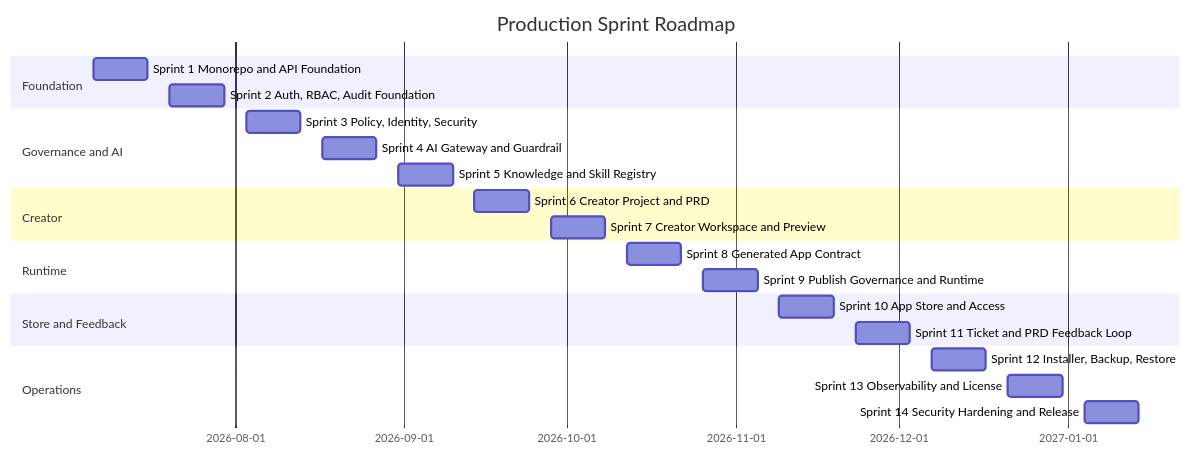
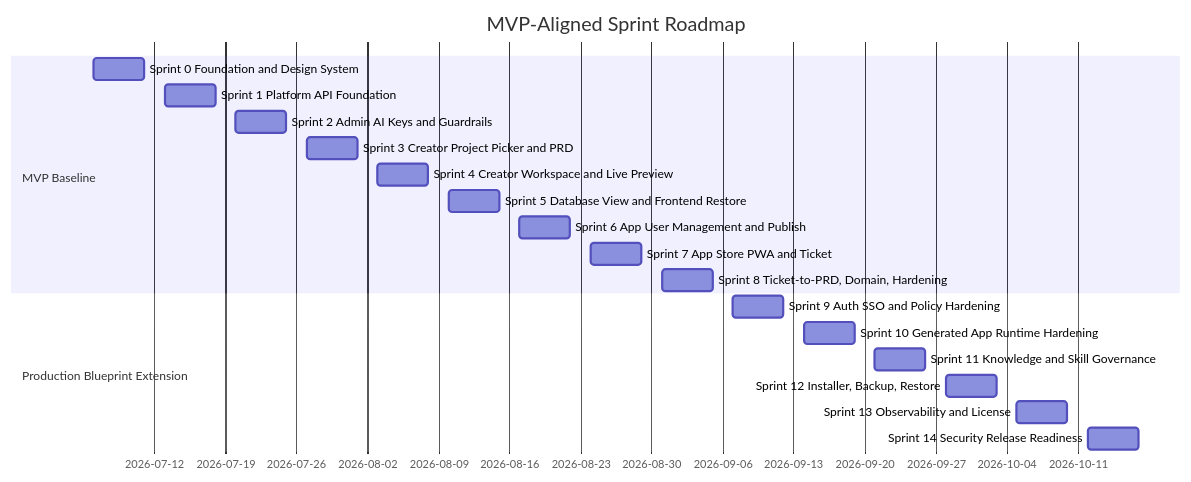
The diagram in docs/planning/production-sprint-roadmap.md (horizonxlabs/horizon), drawn with Mermaid before and after one commit. The commit also changed other lines of this file and 10 other files, not shown here.

Commit message:
docs: align sprint plans with MVP roadmap

````diff
--- a/docs/planning/production-sprint-roadmap.md
+++ b/docs/planning/production-sprint-roadmap.md
@@ -28,25 +28,22 @@
 ```mermaid
 gantt
-  title Production Sprint Roadmap
+  title MVP-Aligned Sprint Roadmap
   dateFormat  YYYY-MM-DD
-  section Foundation
-  Sprint 1 Monorepo and API Foundation       :s1, 2026-07-06, 10d
-  Sprint 2 Auth, RBAC, Audit Foundation      :s2, 2026-07-20, 10d
-  section Governance and AI
-  Sprint 3 Policy, Identity, Security        :s3, 2026-08-03, 10d
-  Sprint 4 AI Gateway and Guardrail          :s4, 2026-08-17, 10d
-  Sprint 5 Knowledge and Skill Registry      :s5, 2026-08-31, 10d
-  section Creator
-  Sprint 6 Creator Project and PRD           :s6, 2026-09-14, 10d
-  Sprint 7 Creator Workspace and Preview     :s7, 2026-09-28, 10d
-  section Runtime
-  Sprint 8 Generated App Contract            :s8, 2026-10-12, 10d
-  Sprint 9 Publish Governance and Runtime    :s9, 2026-10-26, 10d
-  section Store and Feedback
-  Sprint 10 App Store and Access             :s10, 2026-11-09, 10d
-  Sprint 11 Ticket and PRD Feedback Loop     :s11, 2026-11-23, 10d
-  section Operations
-  Sprint 12 Installer, Backup, Restore       :s12, 2026-12-07, 10d
-  Sprint 13 Observability and License        :s13, 2026-12-21, 10d
-  Sprint 14 Security Hardening and Release   :s14, 2027-01-04, 10d
+  section MVP Baseline
+  Sprint 0 Foundation and Design System          :s0, 2026-07-06, 5d
+  Sprint 1 Platform API Foundation               :s1, 2026-07-13, 5d
+  Sprint 2 Admin AI Keys and Guardrails          :s2, 2026-07-20, 5d
+  Sprint 3 Creator Project Picker and PRD        :s3, 2026-07-27, 5d
+  Sprint 4 Creator Workspace and Live Preview    :s4, 2026-08-03, 5d
+  Sprint 5 Database View and Frontend Restore    :s5, 2026-08-10, 5d
+  Sprint 6 App User Management and Publish       :s6, 2026-08-17, 5d
+  Sprint 7 App Store PWA and Ticket              :s7, 2026-08-24, 5d
+  Sprint 8 Ticket-to-PRD, Domain, Hardening      :s8, 2026-08-31, 5d
+  section Production Blueprint Extension
+  Sprint 9 Auth SSO and Policy Hardening         :s9, 2026-09-07, 5d
+  Sprint 10 Generated App Runtime Hardening      :s10, 2026-09-14, 5d
+  Sprint 11 Knowledge and Skill Governance       :s11, 2026-09-21, 5d
+  Sprint 12 Installer, Backup, Restore           :s12, 2026-09-28, 5d
+  Sprint 13 Observability and License            :s13, 2026-10-05, 5d
+  Sprint 14 Security Release Readiness           :s14, 2026-10-12, 5d
 ```
````
